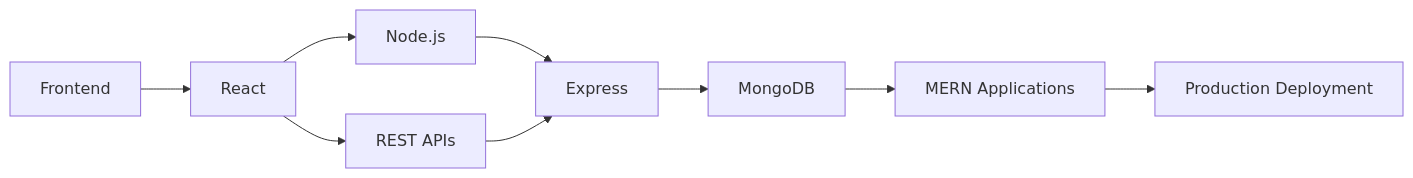
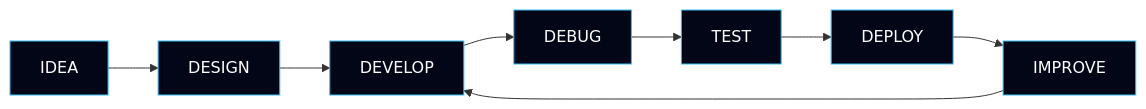
One commit to Faizan-khan144/Faizan-khan144 changed the first of 3 diagrams in README.md. Above: the diagram before and after it, drawn with Mermaid. The commit also changed other lines of this file, not shown here.

````diff
--- a/README.md
+++ b/README.md
@@ -218,13 +219,20 @@
 ```mermaid
 flowchart LR
-    A["Frontend"] --> B["React"]
-    B --> C["Node.js"]
-    C --> D["Express"]
-    D --> E["MongoDB"]
-    E --> F["MERN Applications"]
 
-    B --> G["REST APIs"]
-    G --> D
+A["IDEA"] --> B["DESIGN"]
+B --> C["DEVELOP"]
+C --> D["DEBUG"]
+D --> E["TEST"]
+E --> F["DEPLOY"]
+F --> G["IMPROVE"]
 
-    F --> H["Production Deployment"]
+G --> C
+
+style A fill:#020617,stroke:#38BDF8,color:#FFFFFF
+style B fill:#020617,stroke:#38BDF8,color:#FFFFFF
+style C fill:#020617,stroke:#38BDF8,color:#FFFFFF
+style D fill:#020617,stroke:#38BDF8,color:#FFFFFF
+style E fill:#020617,stroke:#38BDF8,color:#FFFFFF
+style F fill:#020617,stroke:#38BDF8,color:#FFFFFF
+style G fill:#020617,stroke:#38BDF8,color:#FFFFFF
 ```
````
